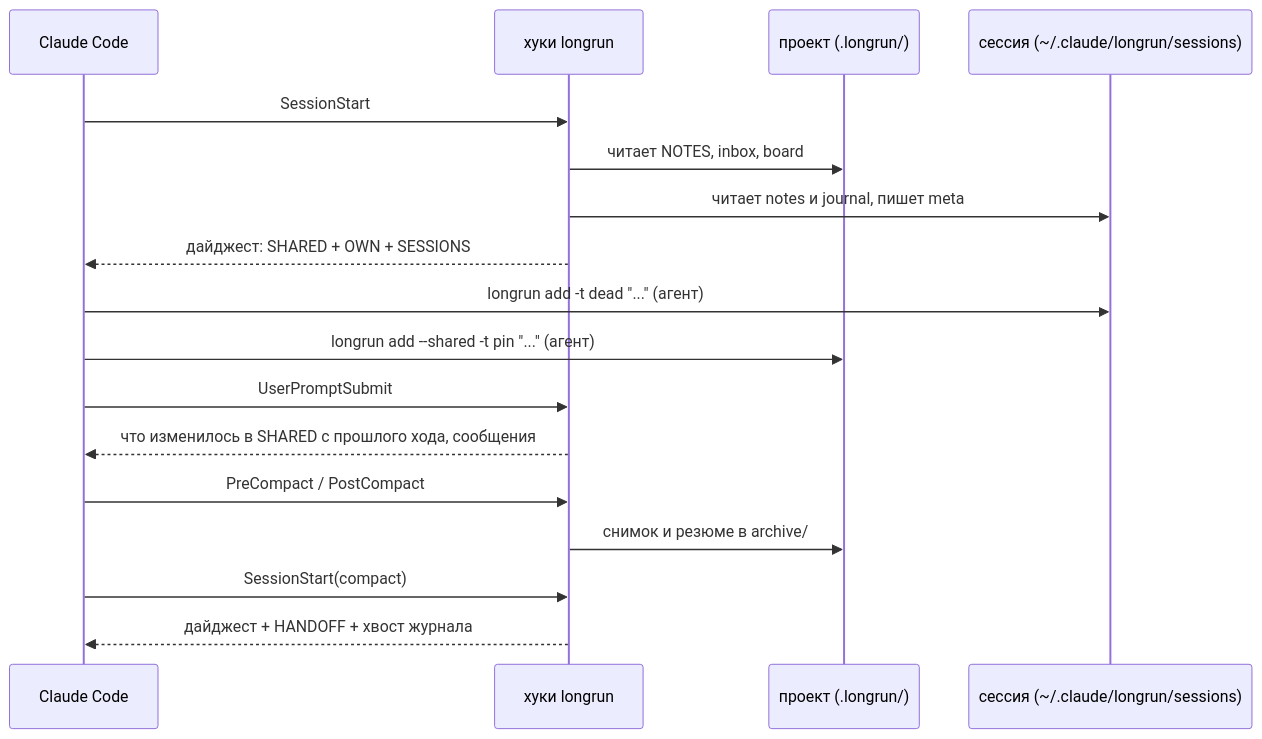
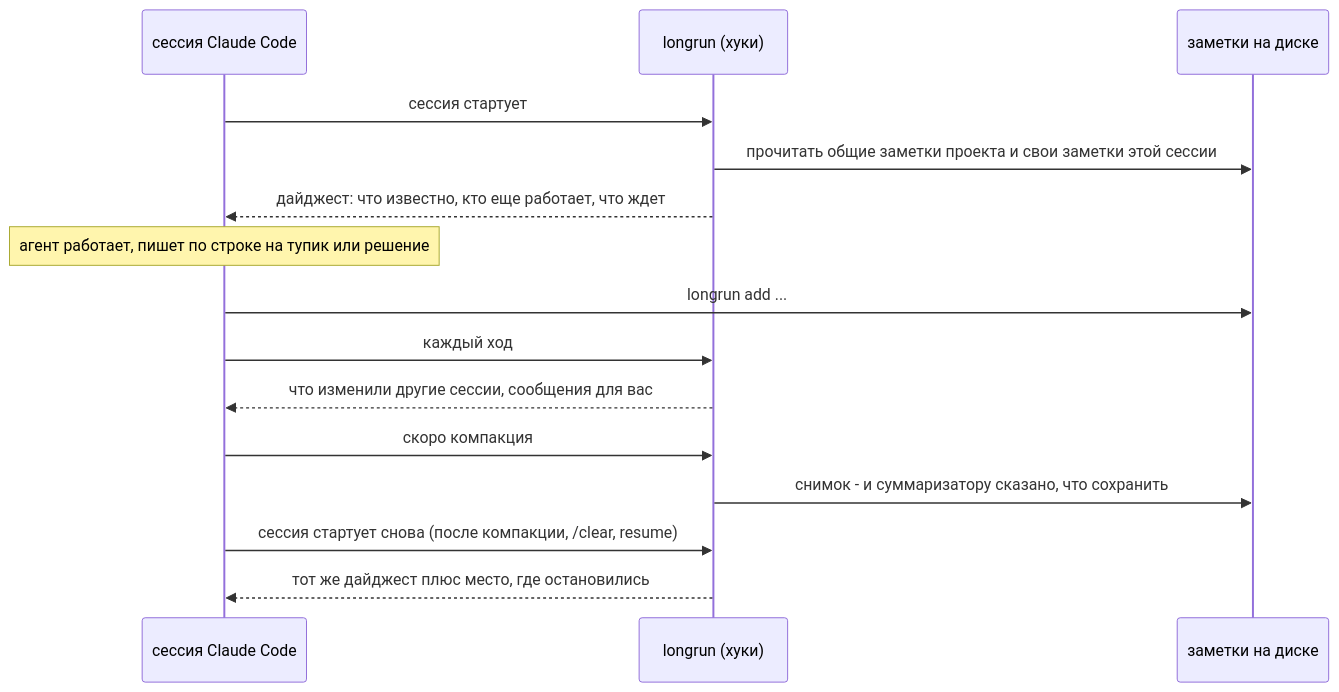
One commit to krllx/longrun changed the diagram in README.ru.md. Above: the diagram before and after it, drawn with Mermaid. The commit also changed other lines of this file and 11 other files, not shown here.

````diff
--- a/README.ru.md
+++ b/README.ru.md
@@ -157,19 +151,17 @@
 ```mermaid
 sequenceDiagram
-    participant CC as Claude Code
-    participant H as хуки longrun
-    participant P as проект (.longrun/)
-    participant S as сессия (~/.claude/longrun/sessions)
-    CC->>H: SessionStart
-    H->>P: читает NOTES, inbox, board
-    H->>S: читает notes и journal, пишет meta
-    H-->>CC: дайджест: SHARED + OWN + SESSIONS
-    CC->>S: longrun add -t dead "..." (агент)
-    CC->>P: longrun add --shared -t pin "..." (агент)
-    CC->>H: UserPromptSubmit
-    H-->>CC: что изменилось в SHARED с прошлого хода, сообщения
-    CC->>H: PreCompact / PostCompact
-    H->>P: снимок и резюме в archive/
-    CC->>H: SessionStart(compact)
-    H-->>CC: дайджест + HANDOFF + хвост журнала
+    participant S as сессия Claude Code
+    participant L as longrun (хуки)
+    participant D as заметки на диске
+    S->>L: сессия стартует
+    L->>D: прочитать общие заметки проекта и свои заметки этой сессии
+    L-->>S: дайджест: что известно, кто еще работает, что ждет
+    Note over S: агент работает, пишет по строке на тупик или решение
+    S->>D: longrun add ...
+    S->>L: каждый ход
+    L-->>S: что изменили другие сессии, сообщения для вас
+    S->>L: скоро компакция
+    L->>D: снимок - и суммаризатору сказано, что сохранить
+    S->>L: сессия стартует снова (после компакции, /clear, resume)
+    L-->>S: тот же дайджест плюс место, где остановились
 ```
````
